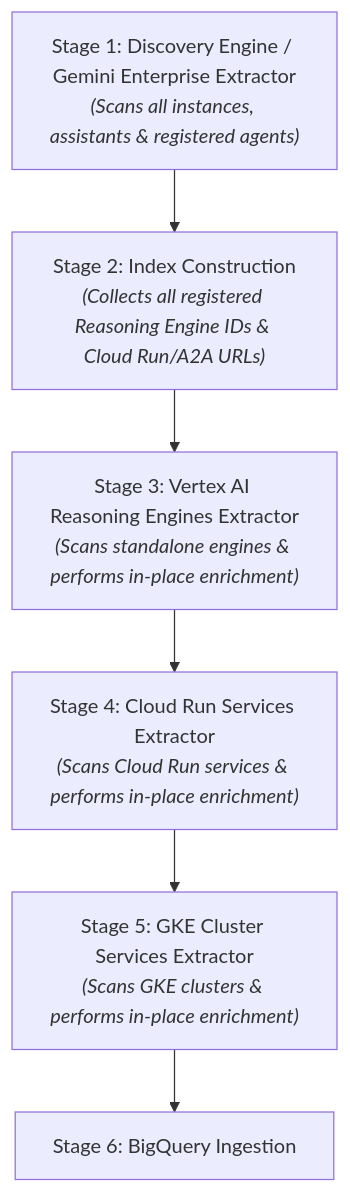
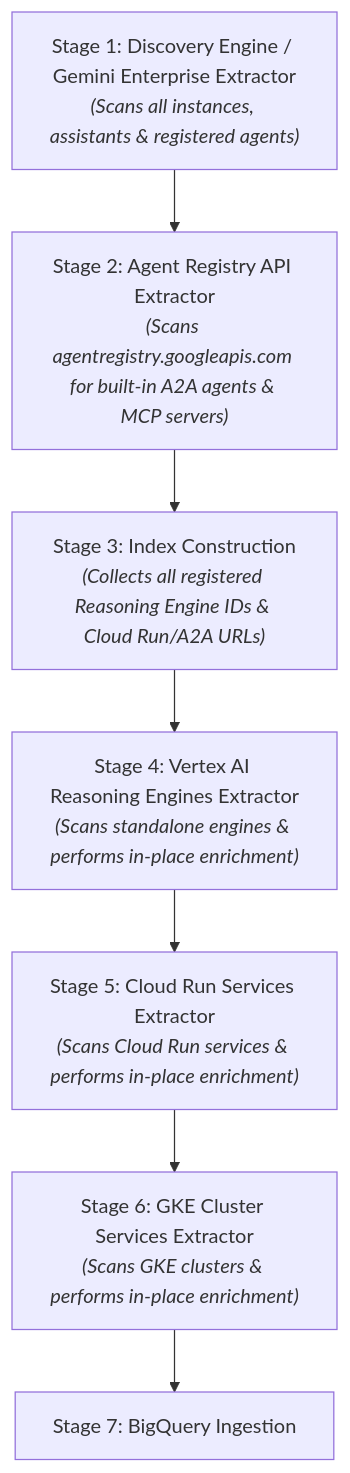
Before and after one commit to caugusto/GE-Agent-Info-Extractor: the diagram in EXTRACTION_ARCHITECTURE.md, drawn with Mermaid. The commit also changed 4 other files, not shown here.

Commit message:
Add Google Cloud Agent Registry API extractor (A2A & MCP Server catalog) with automatic deduplication and in-place record enrichment

````diff
--- a/EXTRACTION_ARCHITECTURE.md
+++ b/EXTRACTION_ARCHITECTURE.md
@@ -11,8 +11,9 @@
 ```mermaid
 graph TD
-    A["Stage 1: Discovery Engine / Gemini Enterprise Extractor<br><i>(Scans all instances, assistants & registered agents)</i>"] --> B["Stage 2: Index Construction<br><i>(Collects all registered Reasoning Engine IDs & Cloud Run/A2A URLs)</i>"]
-    B --> C["Stage 3: Vertex AI Reasoning Engines Extractor<br><i>(Scans standalone engines & performs in-place enrichment)</i>"]
-    C --> D["Stage 4: Cloud Run Services Extractor<br><i>(Scans Cloud Run services & performs in-place enrichment)</i>"]
-    D --> E["Stage 5: GKE Cluster Services Extractor<br><i>(Scans GKE clusters & performs in-place enrichment)</i>"]
-    E --> F["Stage 6: BigQuery Ingestion"]
+    A["Stage 1: Discovery Engine / Gemini Enterprise Extractor<br><i>(Scans all instances, assistants & registered agents)</i>"] --> B["Stage 2: Agent Registry API Extractor<br><i>(Scans agentregistry.googleapis.com for built-in A2A agents & MCP servers)</i>"]
+    B --> C["Stage 3: Index Construction<br><i>(Collects all registered Reasoning Engine IDs & Cloud Run/A2A URLs)</i>"]
+    C --> D["Stage 4: Vertex AI Reasoning Engines Extractor<br><i>(Scans standalone engines & performs in-place enrichment)</i>"]
+    D --> E["Stage 5: Cloud Run Services Extractor<br><i>(Scans Cloud Run services & performs in-place enrichment)</i>"]
+    E --> F["Stage 6: GKE Cluster Services Extractor<br><i>(Scans GKE clusters & performs in-place enrichment)</i>"]
+    F --> G["Stage 7: BigQuery Ingestion"]
 ```
````
